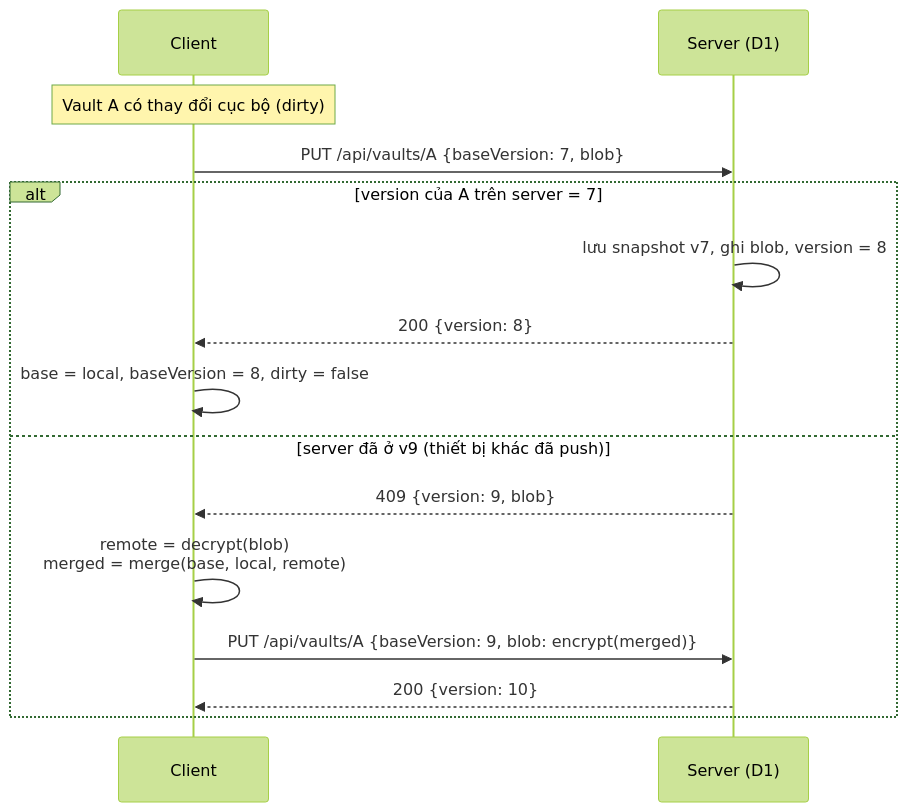
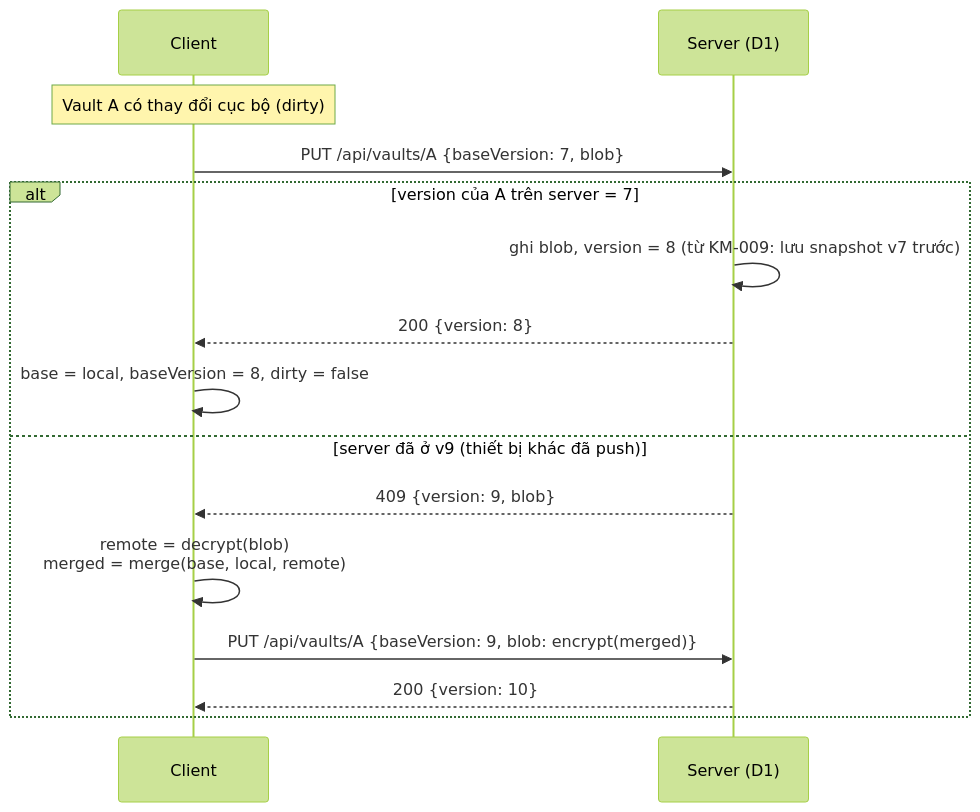
Before and after one commit to delete101020/keymesh: the diagram in docs/05-sync.md, drawn with Mermaid (forest theme). The commit also changed other lines of this file and 10 other files, not shown here.

````diff
--- a/docs/05-sync.md
+++ b/docs/05-sync.md
@@ -24,17 +24,17 @@
 ```mermaid
 sequenceDiagram
   participant C as Client
   participant S as Server (D1)
   Note over C: Vault A có thay đổi cục bộ (dirty)
   C->>S: PUT /api/vaults/A {baseVersion: 7, blob}
   alt version của A trên server = 7
-    S->>S: lưu snapshot v7, ghi blob, version = 8
+    S->>S: ghi blob, version = 8 (từ KM-009: lưu snapshot v7 trước)
     S-->>C: 200 {version: 8}
     C->>C: base = local, baseVersion = 8, dirty = false
   else server đã ở v9 (thiết bị khác đã push)
     S-->>C: 409 {version: 9, blob}
     C->>C: remote = decrypt(blob)<br/>merged = merge(base, local, remote)
     C->>S: PUT /api/vaults/A {baseVersion: 9, blob: encrypt(merged)}
     S-->>C: 200 {version: 10}
   end
 ```
````
